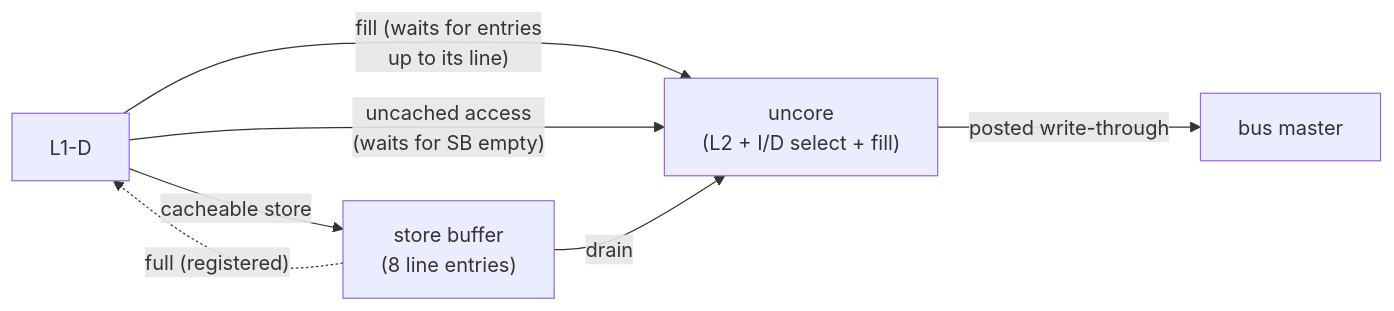
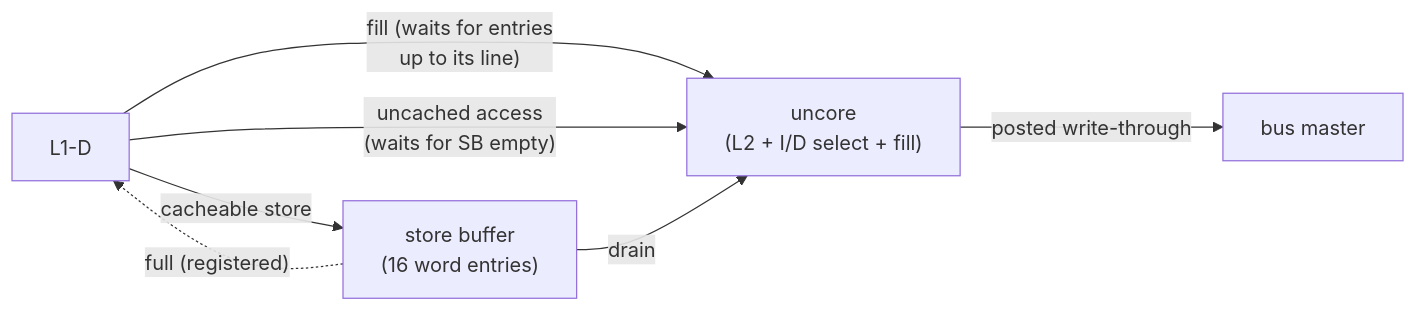
One commit to lonemeow/penumbra-minicomputer changed the diagram in doc/internals/penumbra3/memory-performance.md. Above: the diagram before and after it, drawn with Mermaid. The commit also changed other lines of this file and 1 other file, not shown here.

First line of the commit message:
doc: give gen3's store buffer word entries

````diff
--- a/doc/internals/penumbra3/memory-performance.md
+++ b/doc/internals/penumbra3/memory-performance.md
@@ -525,9 +525,9 @@
 ```mermaid
 graph LR
-    M2["L1-D"] -->|cacheable store| SB["store buffer<br/>(8 line entries)"]
+    M2["L1-D"] -->|cacheable store| SB["store buffer<br/>(16 word entries)"]
     M2 -->|"fill (waits for entries<br/>up to its line)"| UC
     M2 -->|"uncached access<br/>(waits for SB empty)"| UC
     SB -->|drain| UC["uncore<br/>(L2 + I/D select + fill)"]
     UC -->|posted write-through| BM["bus master"]
     SB -. "full (registered)" .-> M2
 ```
````
